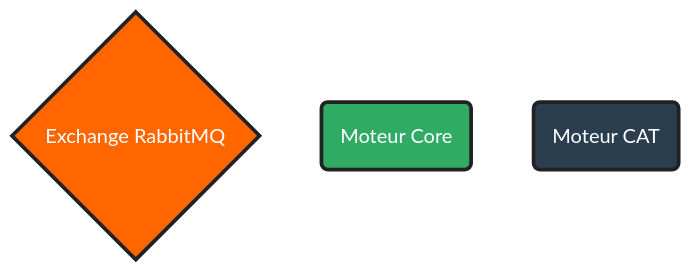
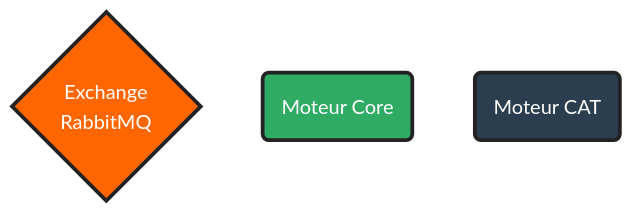
One commit to capensis/canopsis changed the second of 2 diagrams in sources/docs/fr/guide-administration/moteurs/schema-enchainement-moteurs.md. Above: the diagram before and after it, drawn with Mermaid. The commit also changed other lines of this file, not shown here.

Commit message:
Maj diagramme et ajout d'une note à propos des liens

````diff
--- a/sources/docs/fr/guide-administration/moteurs/schema-enchainement-moteurs.md
+++ b/sources/docs/fr/guide-administration/moteurs/schema-enchainement-moteurs.md
@@ -71,15 +73,15 @@
 ```mermaid
 graph TD
-leg-rabbit{Exchange RabbitMQ}
+leg-rabbit{Exchange<br />RabbitMQ}
 leg-core(Moteur Core)
 leg-cat(Moteur CAT)
 
 classDef grey font-weight:normal,font-size:12pt,color:#fff,fill:#878787,stroke:#222,stroke-width:3px;
 classDef core-green font-weight:normal,font-size:12pt,color:#fff,fill:#2fab63,color:#fff,stroke:#222,stroke-width:3px;
 classDef cat-blue font-weight:normal,font-size:12pt,color:#fff,fill:#2b3e4f,color:#fff,stroke:#222,stroke-width:3px;
 classDef rabbit-orange font-weight:normal,font-size:12pt,color:#fff,fill:#ff6600,color:#fff,stroke:#222,stroke-width:3px;
 class leg grey
 class leg-core core-green
 class leg-cat cat-blue
 class leg-rabbit rabbit-orange
 ```
````
